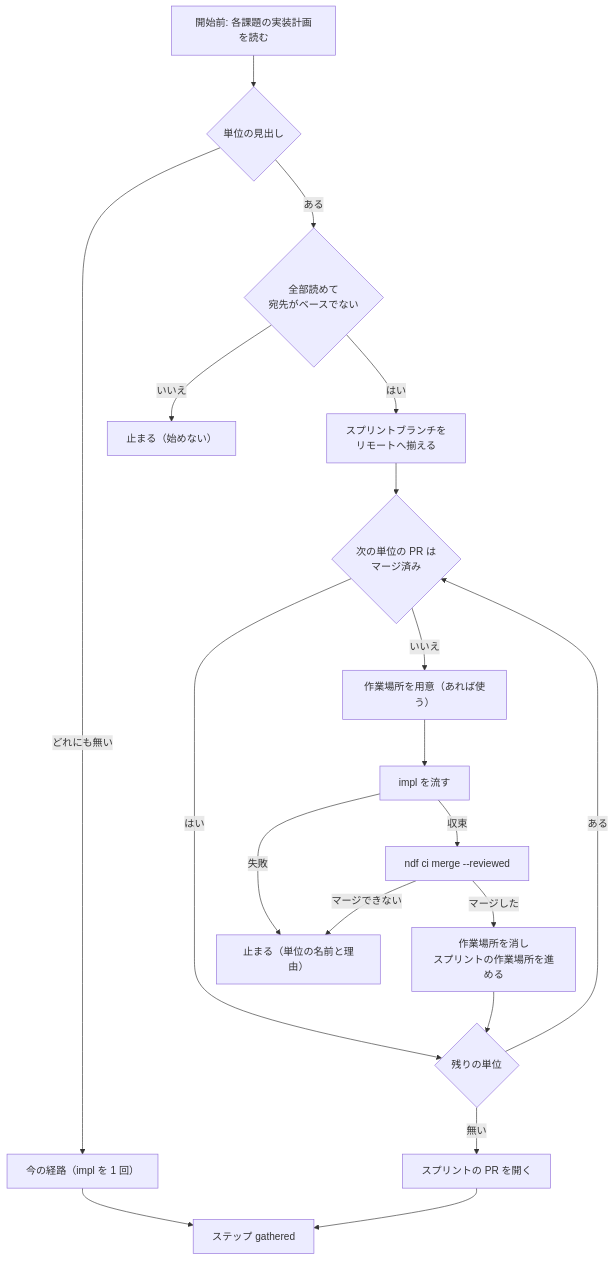
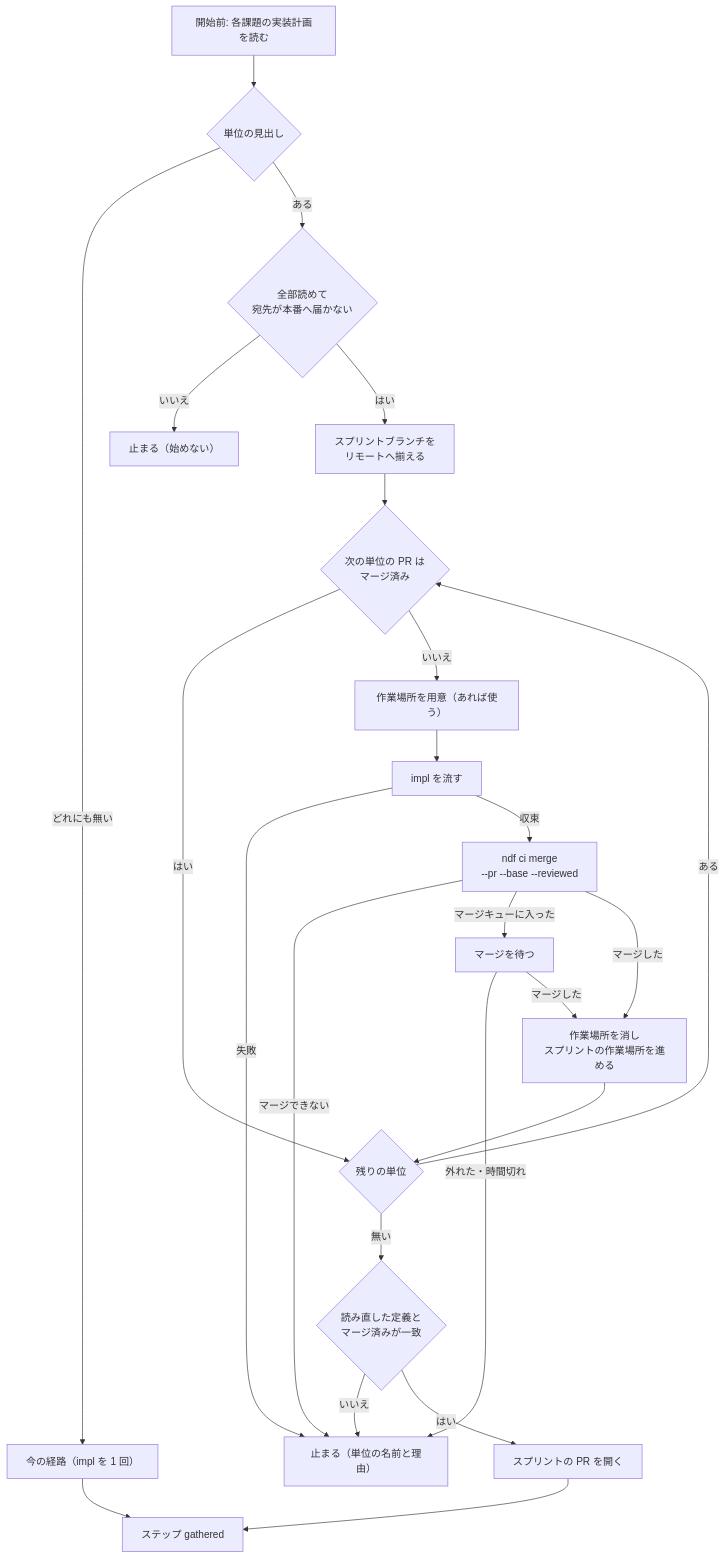
Before and after one commit to devbasex/ai-plugins: the third of 3 diagrams in issues/issue-4369-design.md, drawn with Mermaid. The commit also changed other lines of this file and 1 other file, not shown here.

````diff
--- a/issues/issue-4369-design.md
+++ b/issues/issue-4369-design.md
@@ -135,21 +165,26 @@
 ```mermaid
 flowchart TB
   A["開始前: 各課題の実装計画を読む"] --> B{"単位の見出し"}
   B -->|どれにも無い| C["今の経路（impl を 1 回）"]
-  B -->|ある| D{"全部読めて<br/>宛先がベースでない"}
+  B -->|ある| D{"全部読めて<br/>宛先が本番へ届かない"}
   D -->|いいえ| E["止まる（始めない）"]
   D -->|はい| F["スプリントブランチを<br/>リモートへ揃える"]
   F --> H{"次の単位の PR は<br/>マージ済み"}
   H -->|はい| N
   H -->|いいえ| W["作業場所を用意（あれば使う）"]
   W --> P["impl を流す"]
   P -->|失敗| X["止まる（単位の名前と理由）"]
-  P -->|収束| M["ndf ci merge --reviewed"]
+  P -->|収束| M["ndf ci merge<br/>--pr --base --reviewed"]
   M -->|マージできない| X
+  M -->|マージキューに入った| Q["マージを待つ"]
+  Q -->|外れた・時間切れ| X
+  Q -->|マージした| Y
   M -->|マージした| Y["作業場所を消し<br/>スプリントの作業場所を進める"]
   Y --> N{"残りの単位"}
   N -->|ある| H
-  N -->|無い| Z["スプリントの PR を開く"]
+  N -->|無い| R{"読み直した定義と<br/>マージ済みが一致"}
+  R -->|いいえ| X
+  R -->|はい| Z["スプリントの PR を開く"]
   Z --> G["ステップ gathered"]
   C --> G
 ```
````
